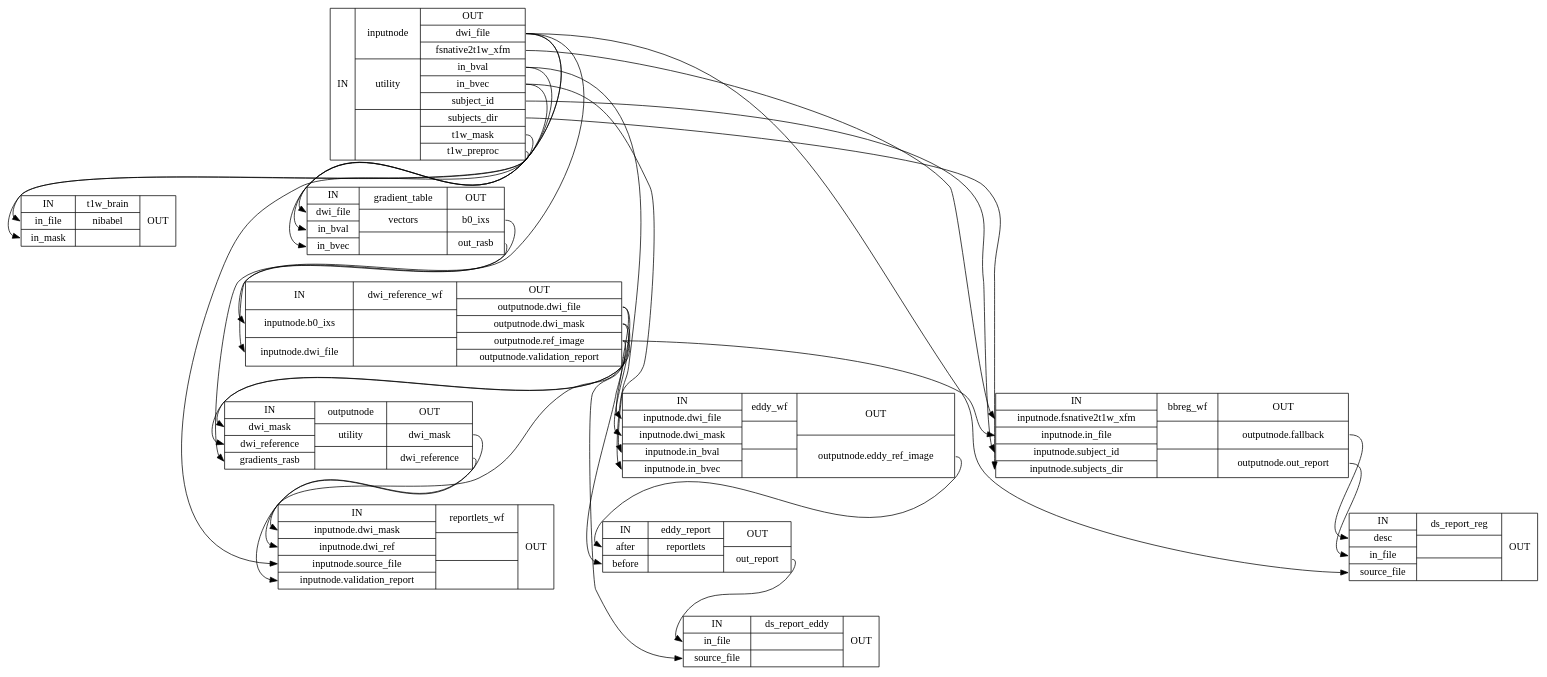
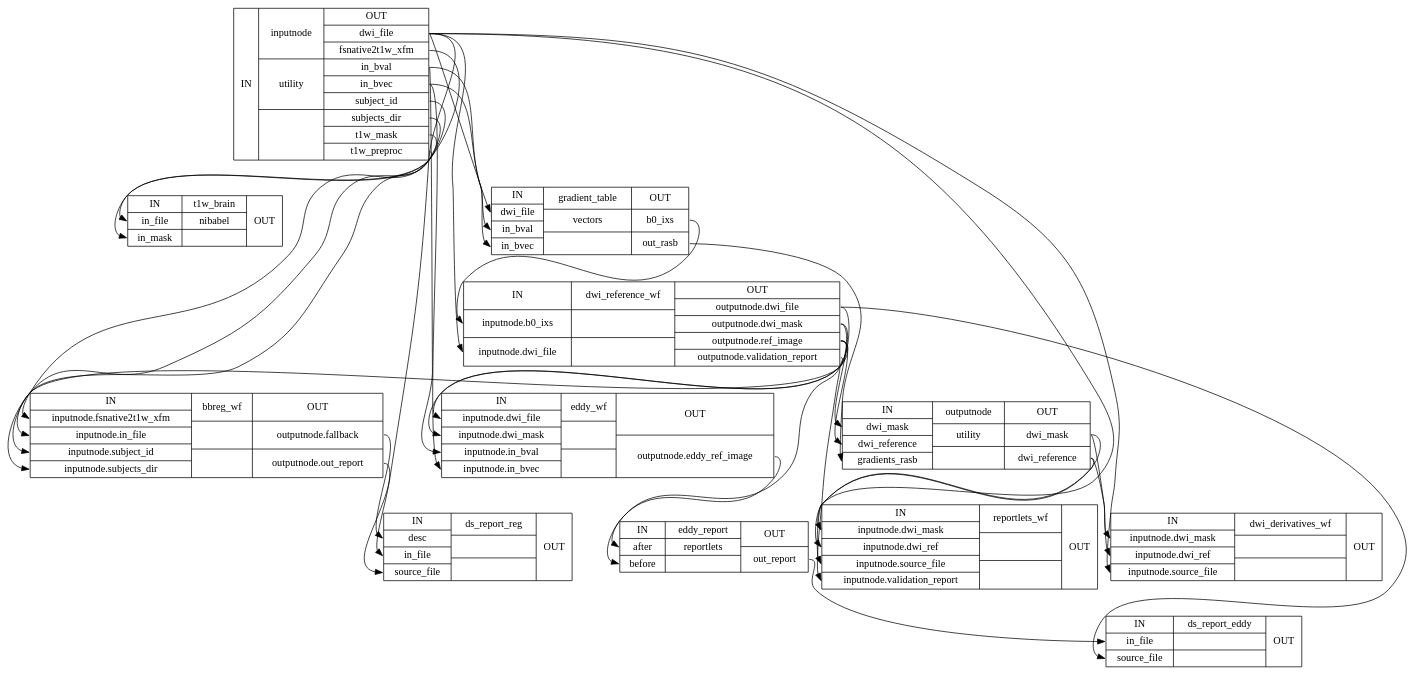
The diagram in 0.2.2/wf_directive/api/dwi_preproc_wf/dmriprep-workflows-dwi-base-1_detailed.dot (nipreps/dmriprep), drawn with Graphviz before and after one commit. The commit also changed 413 other files, not shown here.

```diff
--- a/0.2.2/wf_directive/api/dwi_preproc_wf/dmriprep-workflows-dwi-base-1_detailed.dot
+++ b/0.2.2/wf_directive/api/dwi_preproc_wf/dmriprep-workflows-dwi-base-1_detailed.dot
@@ -1,43 +1,47 @@
 digraph structs {
 node [shape=record];
 dwi_preproc_wfinputnode [label="{IN}|{ inputnode | utility |  }|{OUT|<outdwifile> dwi_file|<outfsnative2t1wxfm> fsnative2t1w_xfm|<outinbval> in_bval|<outinbvec> in_bvec|<outsubjectid> subject_id|<outsubjectsdir> subjects_dir|<outt1wmask> t1w_mask|<outt1wpreproc> t1w_preproc}"];
 dwi_preproc_wft1w_brain [label="{IN|<ininfile> in_file|<ininmask> in_mask}|{ t1w_brain | nibabel |  }|{OUT}"];
 dwi_preproc_wfgradient_table [label="{IN|<indwifile> dwi_file|<ininbval> in_bval|<ininbvec> in_bvec}|{ gradient_table | vectors |  }|{OUT|<outb0ixs> b0_ixs|<outoutrasb> out_rasb}"];
 dwi_preproc_wfdwi_reference_wf [label="{IN|<ininputnodeb0ixs> inputnode.b0_ixs|<ininputnodedwifile> inputnode.dwi_file}|{ dwi_reference_wf |  |  }|{OUT|<outoutputnodedwifile> outputnode.dwi_file|<outoutputnodedwimask> outputnode.dwi_mask|<outoutputnoderefimage> outputnode.ref_image|<outoutputnodevalidationreport> outputnode.validation_report}"];
 dwi_preproc_wfoutputnode [label="{IN|<indwimask> dwi_mask|<indwireference> dwi_reference|<ingradientsrasb> gradients_rasb}|{ outputnode | utility |  }|{OUT|<outdwimask> dwi_mask|<outdwireference> dwi_reference}"];
 dwi_preproc_wfreportlets_wf [label="{IN|<ininputnodedwimask> inputnode.dwi_mask|<ininputnodedwiref> inputnode.dwi_ref|<ininputnodesourcefile> inputnode.source_file|<ininputnodevalidationreport> inputnode.validation_report}|{ reportlets_wf |  |  }|{OUT}"];
+dwi_preproc_wfdwi_derivatives_wf [label="{IN|<ininputnodedwimask> inputnode.dwi_mask|<ininputnodedwiref> inputnode.dwi_ref|<ininputnodesourcefile> inputnode.source_file}|{ dwi_derivatives_wf |  |  }|{OUT}"];
 dwi_preproc_wfeddy_wf [label="{IN|<ininputnodedwifile> inputnode.dwi_file|<ininputnodedwimask> inputnode.dwi_mask|<ininputnodeinbval> inputnode.in_bval|<ininputnodeinbvec> inputnode.in_bvec}|{ eddy_wf |  |  }|{OUT|<outoutputnodeeddyrefimage> outputnode.eddy_ref_image}"];
 dwi_preproc_wfeddy_report [label="{IN|<inafter> after|<inbefore> before}|{ eddy_report | reportlets |  }|{OUT|<outoutreport> out_report}"];
 dwi_preproc_wfds_report_eddy [label="{IN|<ininfile> in_file|<insourcefile> source_file}|{ ds_report_eddy |  |  }|{OUT}"];
 dwi_preproc_wfbbreg_wf [label="{IN|<ininputnodefsnative2t1wxfm> inputnode.fsnative2t1w_xfm|<ininputnodeinfile> inputnode.in_file|<ininputnodesubjectid> inputnode.subject_id|<ininputnodesubjectsdir> inputnode.subjects_dir}|{ bbreg_wf |  |  }|{OUT|<outoutputnodefallback> outputnode.fallback|<outoutputnodeoutreport> outputnode.out_report}"];
 dwi_preproc_wfds_report_reg [label="{IN|<indesc> desc|<ininfile> in_file|<insourcefile> source_file}|{ ds_report_reg |  |  }|{OUT}"];
 dwi_preproc_wfbbreg_wf:outoutputnodefallback:e -> dwi_preproc_wfds_report_reg:indesc:w;
 dwi_preproc_wfbbreg_wf:outoutputnodeoutreport:e -> dwi_preproc_wfds_report_reg:ininfile:w;
 dwi_preproc_wfdwi_reference_wf:outoutputnodedwifile:e -> dwi_preproc_wfds_report_eddy:insourcefile:w;
 dwi_preproc_wfdwi_reference_wf:outoutputnodedwifile:e -> dwi_preproc_wfeddy_wf:ininputnodedwifile:w;
 dwi_preproc_wfdwi_reference_wf:outoutputnodedwimask:e -> dwi_preproc_wfeddy_wf:ininputnodedwimask:w;
 dwi_preproc_wfdwi_reference_wf:outoutputnodedwimask:e -> dwi_preproc_wfoutputnode:indwimask:w;
 dwi_preproc_wfdwi_reference_wf:outoutputnoderefimage:e -> dwi_preproc_wfbbreg_wf:ininputnodeinfile:w;
 dwi_preproc_wfdwi_reference_wf:outoutputnoderefimage:e -> dwi_preproc_wfeddy_report:inbefore:w;
 dwi_preproc_wfdwi_reference_wf:outoutputnoderefimage:e -> dwi_preproc_wfoutputnode:indwireference:w;
 dwi_preproc_wfdwi_reference_wf:outoutputnodevalidationreport:e -> dwi_preproc_wfreportlets_wf:ininputnodevalidationreport:w;
 dwi_preproc_wfeddy_report:outoutreport:e -> dwi_preproc_wfds_report_eddy:ininfile:w;
 dwi_preproc_wfeddy_wf:outoutputnodeeddyrefimage:e -> dwi_preproc_wfeddy_report:inafter:w;
 dwi_preproc_wfgradient_table:outb0ixs:e -> dwi_preproc_wfdwi_reference_wf:ininputnodeb0ixs:w;
 dwi_preproc_wfgradient_table:outoutrasb:e -> dwi_preproc_wfoutputnode:ingradientsrasb:w;
 dwi_preproc_wfinputnode:outdwifile:e -> dwi_preproc_wfds_report_reg:insourcefile:w;
+dwi_preproc_wfinputnode:outdwifile:e -> dwi_preproc_wfdwi_derivatives_wf:ininputnodesourcefile:w;
 dwi_preproc_wfinputnode:outdwifile:e -> dwi_preproc_wfdwi_reference_wf:ininputnodedwifile:w;
 dwi_preproc_wfinputnode:outdwifile:e -> dwi_preproc_wfgradient_table:indwifile:w;
 dwi_preproc_wfinputnode:outdwifile:e -> dwi_preproc_wfreportlets_wf:ininputnodesourcefile:w;
 dwi_preproc_wfinputnode:outfsnative2t1wxfm:e -> dwi_preproc_wfbbreg_wf:ininputnodefsnative2t1wxfm:w;
 dwi_preproc_wfinputnode:outinbval:e -> dwi_preproc_wfeddy_wf:ininputnodeinbval:w;
 dwi_preproc_wfinputnode:outinbval:e -> dwi_preproc_wfgradient_table:ininbval:w;
 dwi_preproc_wfinputnode:outinbvec:e -> dwi_preproc_wfeddy_wf:ininputnodeinbvec:w;
 dwi_preproc_wfinputnode:outinbvec:e -> dwi_preproc_wfgradient_table:ininbvec:w;
 dwi_preproc_wfinputnode:outsubjectid:e -> dwi_preproc_wfbbreg_wf:ininputnodesubjectid:w;
 dwi_preproc_wfinputnode:outsubjectsdir:e -> dwi_preproc_wfbbreg_wf:ininputnodesubjectsdir:w;
 dwi_preproc_wfinputnode:outt1wmask:e -> dwi_preproc_wft1w_brain:ininmask:w;
 dwi_preproc_wfinputnode:outt1wpreproc:e -> dwi_preproc_wft1w_brain:ininfile:w;
+dwi_preproc_wfoutputnode:outdwimask:e -> dwi_preproc_wfdwi_derivatives_wf:ininputnodedwimask:w;
 dwi_preproc_wfoutputnode:outdwimask:e -> dwi_preproc_wfreportlets_wf:ininputnodedwimask:w;
+dwi_preproc_wfoutputnode:outdwireference:e -> dwi_preproc_wfdwi_derivatives_wf:ininputnodedwiref:w;
 dwi_preproc_wfoutputnode:outdwireference:e -> dwi_preproc_wfreportlets_wf:ininputnodedwiref:w;
 }
```
